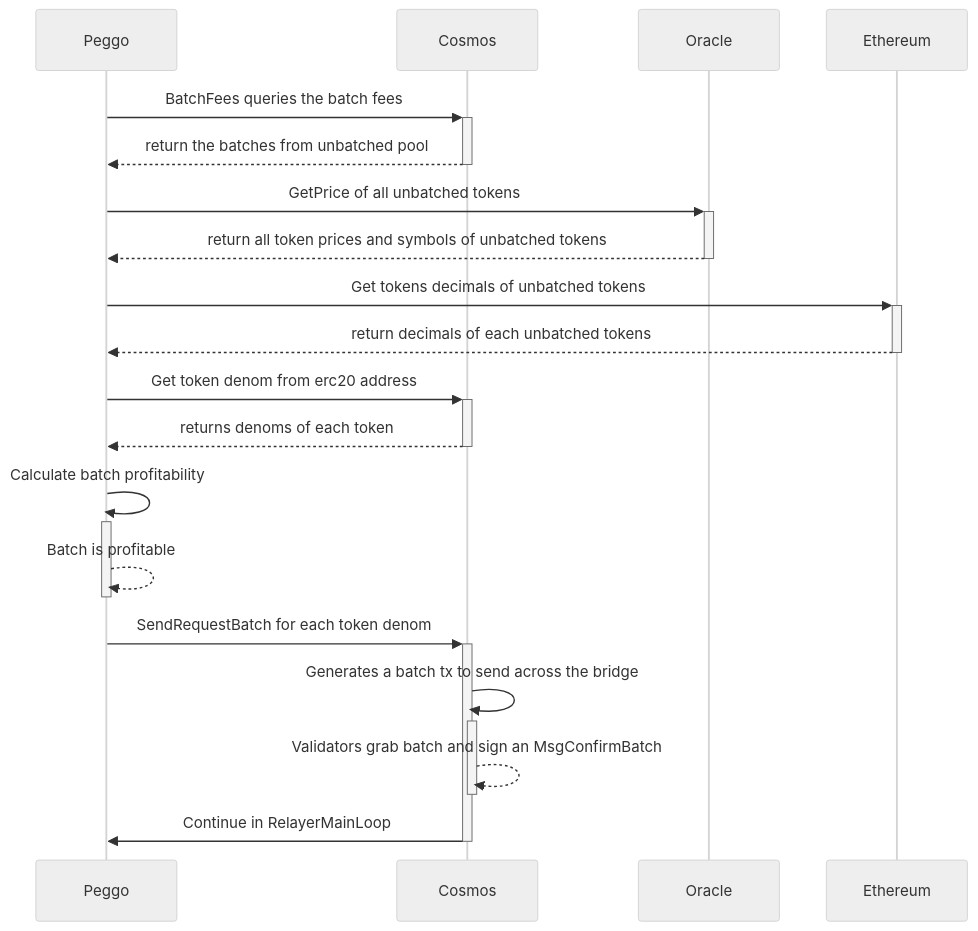
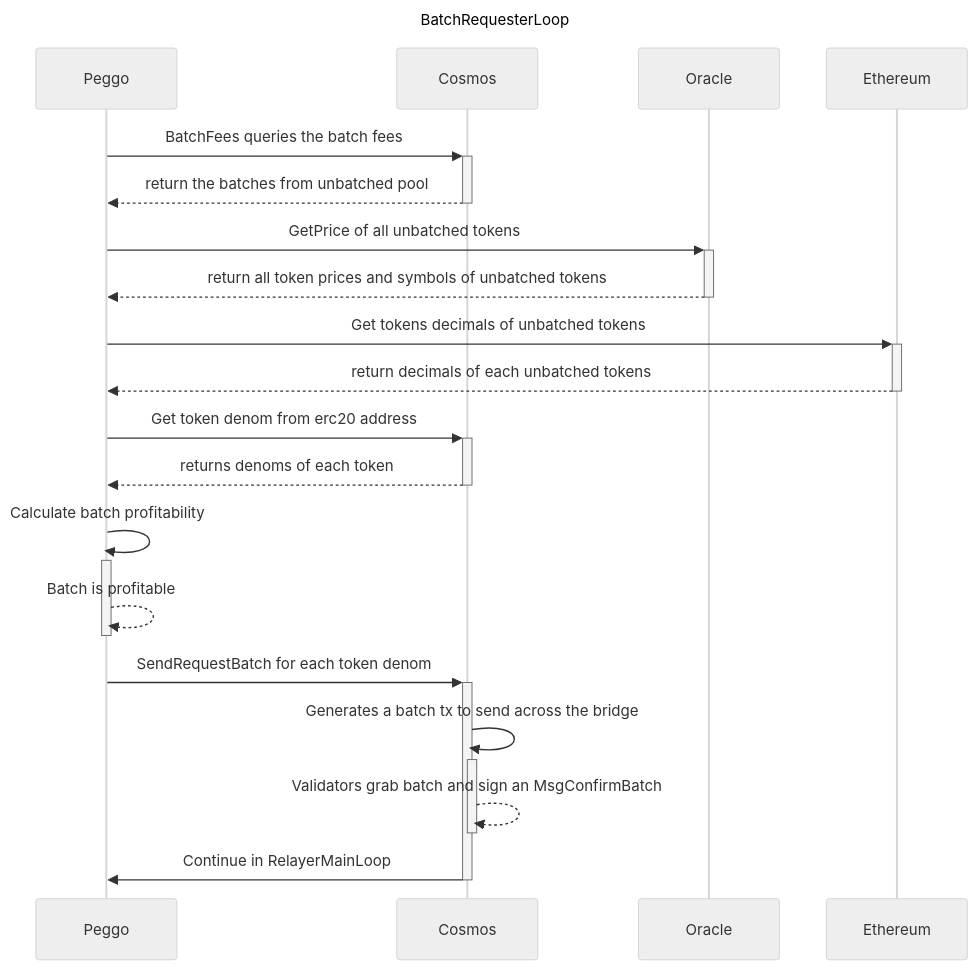
Before and after one commit to umee-network/peggo: the diagram in diagrams/loop_BatchRequesterLoop.mermaid, drawn with Mermaid (neutral theme). The commit also changed 6 other files, not shown here.

Commit message:
add EthOracleMainLoop diagram

```diff
--- a/diagrams/loop_BatchRequesterLoop.mermaid
+++ b/diagrams/loop_BatchRequesterLoop.mermaid
@@ -1,15 +1,17 @@
 sequenceDiagram
+    title: BatchRequesterLoop
+
     Peggo->>+Cosmos: BatchFees queries the batch fees
     Cosmos-->>-Peggo: return the batches from unbatched pool
     Peggo->>+Oracle: GetPrice of all unbatched tokens
     Oracle-->>-Peggo: return all token prices and symbols of unbatched tokens
     Peggo->>+Ethereum: Get tokens decimals of unbatched tokens
     Ethereum-->>-Peggo: return decimals of each unbatched tokens
     Peggo->>+Cosmos: Get token denom from erc20 address
     Cosmos-->>-Peggo: returns denoms of each token
     Peggo->>+Peggo: Calculate batch profitability
     Peggo-->>-Peggo: Batch is profitable
     Peggo->>+Cosmos: SendRequestBatch for each token denom
     Cosmos->>+Cosmos: Generates a batch tx to send across the bridge
     Cosmos-->>-Cosmos: Validators grab batch and sign an MsgConfirmBatch
     Cosmos->>-Peggo: Continue in RelayerMainLoop
```
